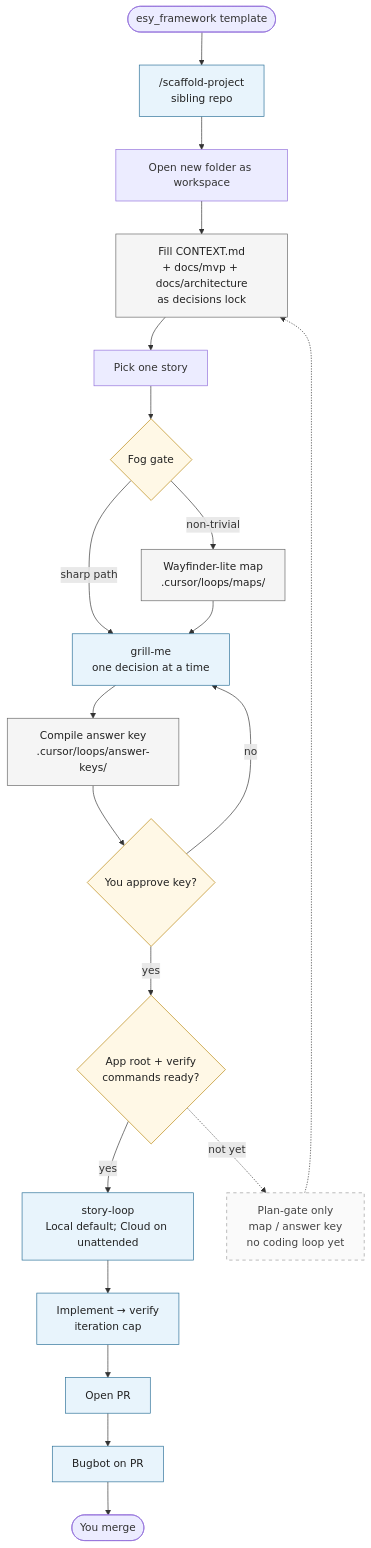
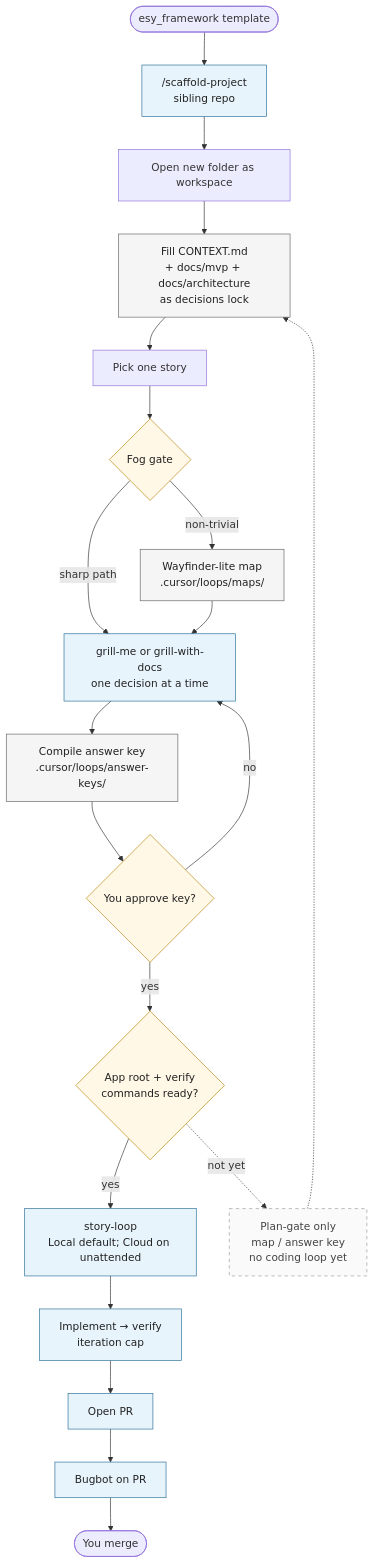
One commit to fukephp/esy_framework changed the diagram in docs/diagrams/lifecycle.md. Above: the diagram before and after it, drawn with Mermaid. The commit also changed other lines of this file and 17 other files, not shown here.

````diff
--- a/docs/diagrams/lifecycle.md
+++ b/docs/diagrams/lifecycle.md
@@ -7,34 +7,34 @@
 ```mermaid
 flowchart TD
   start([esy_framework template]) --> scaffold["/scaffold-project<br/>sibling repo"]
   scaffold --> open[Open new folder as workspace]
   open --> lock["Fill CONTEXT.md<br/>+ docs/mvp + docs/architecture<br/>as decisions lock"]
   lock --> pick[Pick one story]
   pick --> fog{Fog gate}
   fog -->|non-trivial| map["Wayfinder-lite map<br/>.cursor/loops/maps/"]
   fog -->|sharp path| grill
-  map --> grill["grill-me<br/>one decision at a time"]
+  map --> grill["grill-me or grill-with-docs<br/>one decision at a time"]
   grill --> key["Compile answer key<br/>.cursor/loops/answer-keys/"]
   key --> approve{You approve key?}
   approve -->|no| grill
   approve -->|yes| verify{App root + verify<br/>commands ready?}
 
   verify -->|yes| loop["story-loop<br/>Local default; Cloud on unattended"]
   loop --> impl["Implement → verify<br/>iteration cap"]
   impl --> pr[Open PR]
   pr --> bugbot[Bugbot on PR]
   bugbot --> merge([You merge])
 
   verify -.->|not yet| planOnly["Plan-gate only<br/>map / answer key<br/>no coding loop yet"]
   planOnly -.-> lock
 
   classDef artifact fill:#f5f5f5,stroke:#666,color:#222
   classDef gate fill:#fff8e6,stroke:#b8860b,color:#222
   classDef main fill:#e8f4fc,stroke:#2a6f97,color:#222
   classDef dashed fill:#fafafa,stroke:#999,stroke-dasharray: 5 5,color:#444
 
   class lock,map,key artifact
   class fog,approve,verify gate
   class scaffold,grill,loop,impl,pr,bugbot main
   class planOnly dashed
 ```
````
